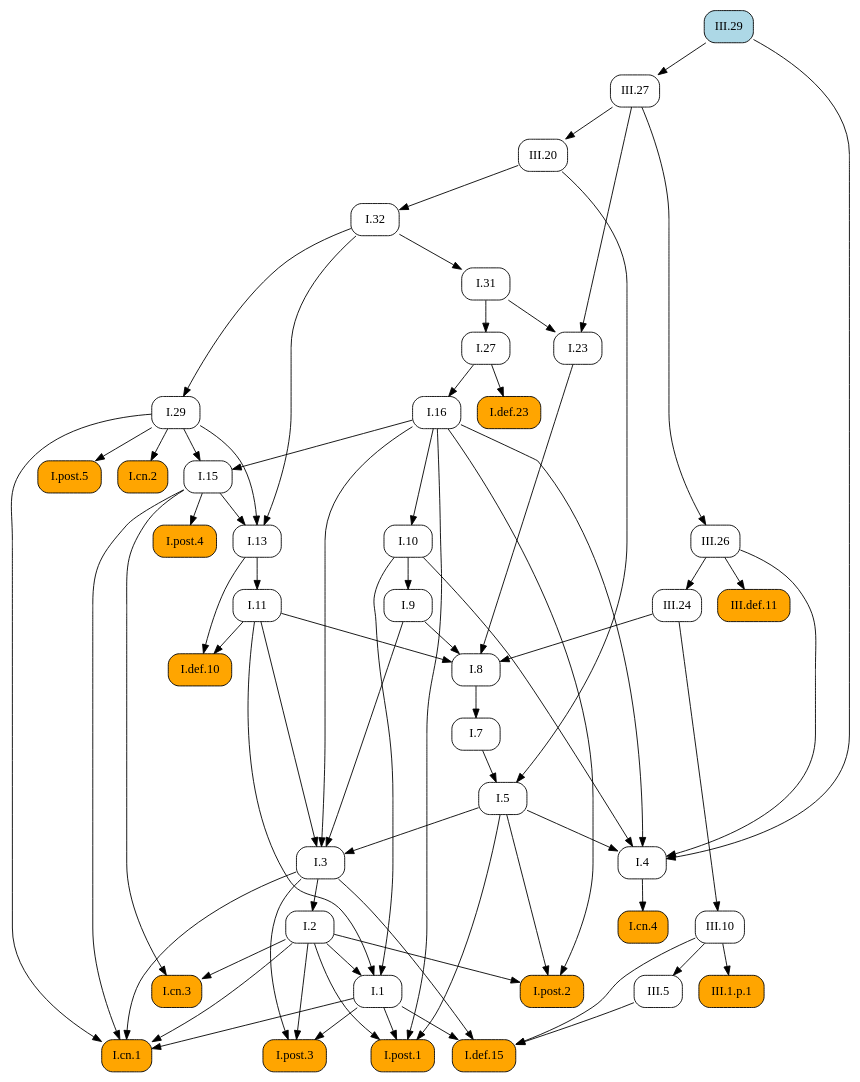
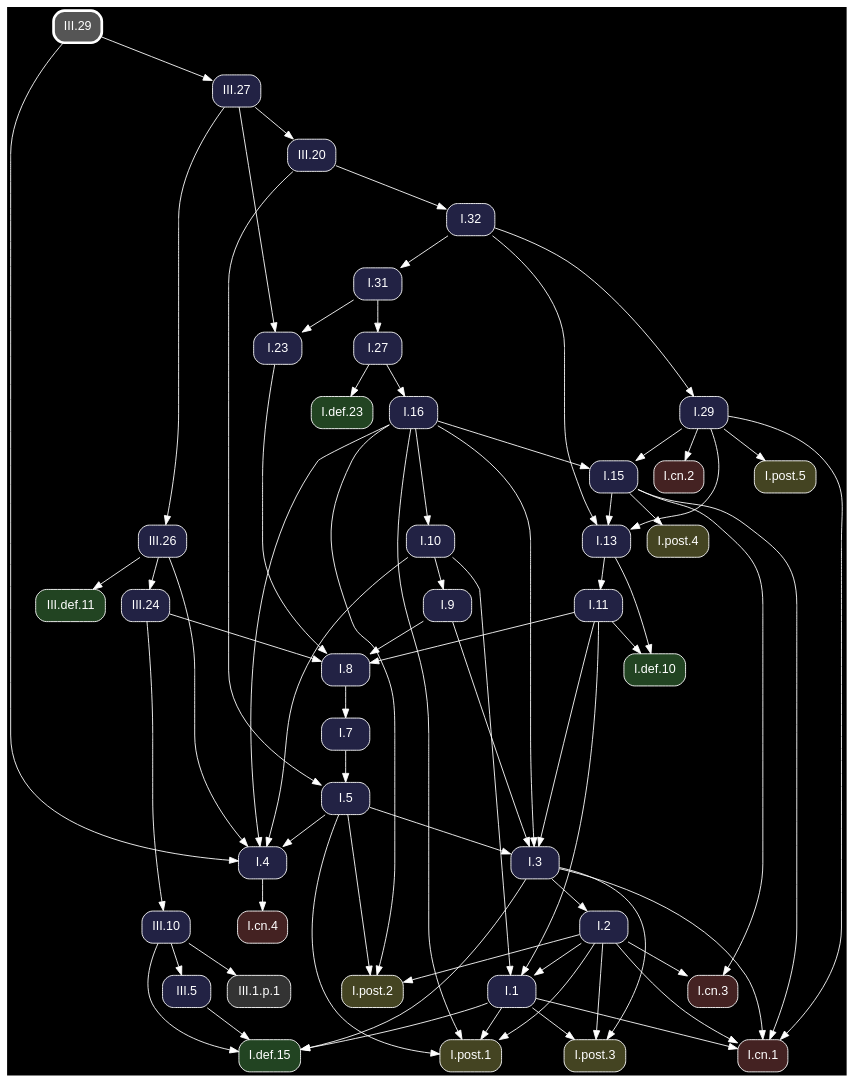
The diagram in docsrc/heath/III/29/index.rst (geometor/elements), drawn with Graphviz before and after one commit. The commit also changed other lines of this file and 1200 other files, not shown here.

Commit message:
update dependency graphs

```diff
--- a/docsrc/heath/III/29/index.rst
+++ b/docsrc/heath/III/29/index.rst
@@ -45,116 +45,118 @@
 .. graphviz::
 
    digraph {
+     bgcolor="black";
+     node [shape=box, style="rounded,filled", fontname="Helvetica", color="white", fontcolor="white"];
+     edge [color="white", fontcolor="white"];
      rankdir="TB";
-     node [shape=box, style=rounded];
-     "I.23" [URL="/heath/I/23/", target="_top"];
-     "I.9" [URL="/heath/I/9/", target="_top"];
-     "I.32" [URL="/heath/I/32/", target="_top"];
-     "III.24" [URL="/heath/III/24/", target="_top"];
-     "I.def.15" [style="rounded,filled", fillcolor=orange, URL="/heath/I/def.15/", target="_top"];
-     "III.def.11" [style="rounded,filled", fillcolor=orange, URL="/heath/III/def.11/", target="_top"];
-     "I.post.1" [style="rounded,filled", fillcolor=orange, URL="/heath/I/post.1/", target="_top"];
-     "I.post.3" [style="rounded,filled", fillcolor=orange, URL="/heath/I/post.3/", target="_top"];
-     "III.20" [URL="/heath/III/20/", target="_top"];
-     "III.10" [URL="/heath/III/10/", target="_top"];
-     "I.31" [URL="/heath/I/31/", target="_top"];
-     "I.def.10" [style="rounded,filled", fillcolor=orange, URL="/heath/I/def.10/", target="_top"];
-     "I.27" [URL="/heath/I/27/", target="_top"];
-     "I.3" [URL="/heath/I/3/", target="_top"];
-     "III.5" [URL="/heath/III/5/", target="_top"];
-     "I.cn.1" [style="rounded,filled", fillcolor=orange, URL="/heath/I/cn.1/", target="_top"];
-     "I.7" [URL="/heath/I/7/", target="_top"];
-     "I.2" [URL="/heath/I/2/", target="_top"];
-     "III.27" [URL="/heath/III/27/", target="_top"];
-     "III.26" [URL="/heath/III/26/", target="_top"];
-     "I.13" [URL="/heath/I/13/", target="_top"];
-     "I.post.4" [style="rounded,filled", fillcolor=orange, URL="/heath/I/post.4/", target="_top"];
-     "I.4" [URL="/heath/I/4/", target="_top"];
-     "III.29" [style="rounded,filled", fillcolor=lightblue, URL="/heath/III/29/", target="_top"];
-     "I.1" [URL="/heath/I/1/", target="_top"];
-     "I.5" [URL="/heath/I/5/", target="_top"];
-     "I.8" [URL="/heath/I/8/", target="_top"];
-     "I.29" [URL="/heath/I/29/", target="_top"];
-     "I.cn.3" [style="rounded,filled", fillcolor=orange, URL="/heath/I/cn.3/", target="_top"];
-     "I.16" [URL="/heath/I/16/", target="_top"];
-     "I.15" [URL="/heath/I/15/", target="_top"];
-     "I.10" [URL="/heath/I/10/", target="_top"];
-     "I.11" [URL="/heath/I/11/", target="_top"];
-     "III.1.p.1" [style="rounded,filled", fillcolor=orange];
-     "I.def.23" [style="rounded,filled", fillcolor=orange, URL="/heath/I/def.23/", target="_top"];
-     "I.cn.2" [style="rounded,filled", fillcolor=orange, URL="/heath/I/cn.2/", target="_top"];
-     "I.post.5" [style="rounded,filled", fillcolor=orange, URL="/heath/I/post.5/", target="_top"];
-     "I.cn.4" [style="rounded,filled", fillcolor=orange, URL="/heath/I/cn.4/", target="_top"];
-     "I.post.2" [style="rounded,filled", fillcolor=orange, URL="/heath/I/post.2/", target="_top"];
+     "I.31" [fillcolor="#222244", URL="/heath/I/31/", target="_top"];
+     "I.32" [fillcolor="#222244", URL="/heath/I/32/", target="_top"];
+     "I.3" [fillcolor="#222244", URL="/heath/I/3/", target="_top"];
+     "I.cn.1" [fillcolor="#442222", URL="/heath/I/cn.1/", target="_top"];
+     "I.def.10" [fillcolor="#224422", URL="/heath/I/def.10/", target="_top"];
+     "I.15" [fillcolor="#222244", URL="/heath/I/15/", target="_top"];
+     "I.13" [fillcolor="#222244", URL="/heath/I/13/", target="_top"];
+     "I.27" [fillcolor="#222244", URL="/heath/I/27/", target="_top"];
+     "I.2" [fillcolor="#222244", URL="/heath/I/2/", target="_top"];
+     "I.cn.2" [fillcolor="#442222", URL="/heath/I/cn.2/", target="_top"];
+     "I.9" [fillcolor="#222244", URL="/heath/I/9/", target="_top"];
+     "I.1" [fillcolor="#222244", URL="/heath/I/1/", target="_top"];
+     "I.post.5" [fillcolor="#444422", URL="/heath/I/post.5/", target="_top"];
+     "I.post.4" [fillcolor="#444422", URL="/heath/I/post.4/", target="_top"];
+     "I.23" [fillcolor="#222244", URL="/heath/I/23/", target="_top"];
+     "I.8" [fillcolor="#222244", URL="/heath/I/8/", target="_top"];
+     "I.4" [fillcolor="#222244", URL="/heath/I/4/", target="_top"];
+     "III.24" [fillcolor="#222244", URL="/heath/III/24/", target="_top"];
+     "III.27" [fillcolor="#222244", URL="/heath/III/27/", target="_top"];
+     "III.1.p.1" [fillcolor="#333333"];
+     "I.7" [fillcolor="#222244", URL="/heath/I/7/", target="_top"];
+     "I.5" [fillcolor="#222244", URL="/heath/I/5/", target="_top"];
+     "III.26" [fillcolor="#222244", URL="/heath/III/26/", target="_top"];
+     "I.10" [fillcolor="#222244", URL="/heath/I/10/", target="_top"];
+     "III.29" [penwidth=3, color="white", fillcolor="#555555", URL="/heath/III/29/", target="_top"];
+     "III.10" [fillcolor="#222244", URL="/heath/III/10/", target="_top"];
+     "I.post.1" [fillcolor="#444422", URL="/heath/I/post.1/", target="_top"];
+     "I.11" [fillcolor="#222244", URL="/heath/I/11/", target="_top"];
+     "I.16" [fillcolor="#222244", URL="/heath/I/16/", target="_top"];
+     "I.cn.3" [fillcolor="#442222", URL="/heath/I/cn.3/", target="_top"];
+     "I.post.2" [fillcolor="#444422", URL="/heath/I/post.2/", target="_top"];
+     "I.29" [fillcolor="#222244", URL="/heath/I/29/", target="_top"];
+     "I.cn.4" [fillcolor="#442222", URL="/heath/I/cn.4/", target="_top"];
+     "I.def.23" [fillcolor="#224422", URL="/heath/I/def.23/", target="_top"];
+     "I.post.3" [fillcolor="#444422", URL="/heath/I/post.3/", target="_top"];
+     "III.20" [fillcolor="#222244", URL="/heath/III/20/", target="_top"];
+     "III.5" [fillcolor="#222244", URL="/heath/III/5/", target="_top"];
+     "I.def.15" [fillcolor="#224422", URL="/heath/I/def.15/", target="_top"];
+     "III.def.11" [fillcolor="#224422", URL="/heath/III/def.11/", target="_top"];
+     "I.32" -> "I.31";
+     "III.20" -> "I.32";
+     "I.5" -> "I.3";
+     "I.9" -> "I.3";
+     "I.11" -> "I.3";
+     "I.16" -> "I.3";
+     "I.1" -> "I.cn.1";
+     "I.2" -> "I.cn.1";
+     "I.3" -> "I.cn.1";
+     "I.15" -> "I.cn.1";
+     "I.29" -> "I.cn.1";
+     "I.11" -> "I.def.10";
+     "I.13" -> "I.def.10";
+     "I.16" -> "I.15";
+     "I.29" -> "I.15";
+     "I.15" -> "I.13";
+     "I.29" -> "I.13";
+     "I.32" -> "I.13";
+     "I.31" -> "I.27";
+     "I.3" -> "I.2";
+     "I.29" -> "I.cn.2";
+     "I.10" -> "I.9";
+     "I.2" -> "I.1";
+     "I.10" -> "I.1";
+     "I.11" -> "I.1";
+     "I.29" -> "I.post.5";
+     "I.15" -> "I.post.4";
      "I.31" -> "I.23";
      "III.27" -> "I.23";
-     "I.10" -> "I.9";
-     "III.20" -> "I.32";
+     "I.9" -> "I.8";
+     "I.11" -> "I.8";
+     "I.23" -> "I.8";
+     "III.24" -> "I.8";
+     "I.5" -> "I.4";
+     "I.10" -> "I.4";
+     "I.16" -> "I.4";
+     "III.26" -> "I.4";
+     "III.29" -> "I.4";
      "III.26" -> "III.24";
+     "III.29" -> "III.27";
+     "III.10" -> "III.1.p.1";
+     "I.8" -> "I.7";
+     "I.7" -> "I.5";
+     "III.20" -> "I.5";
+     "III.27" -> "III.26";
+     "I.16" -> "I.10";
+     "III.24" -> "III.10";
+     "I.1" -> "I.post.1";
+     "I.2" -> "I.post.1";
+     "I.5" -> "I.post.1";
+     "I.16" -> "I.post.1";
+     "I.13" -> "I.11";
+     "I.27" -> "I.16";
+     "I.2" -> "I.cn.3";
+     "I.15" -> "I.cn.3";
+     "I.2" -> "I.post.2";
+     "I.5" -> "I.post.2";
+     "I.16" -> "I.post.2";
+     "I.32" -> "I.29";
+     "I.4" -> "I.cn.4";
+     "I.27" -> "I.def.23";
+     "I.1" -> "I.post.3";
+     "I.2" -> "I.post.3";
+     "I.3" -> "I.post.3";
+     "III.27" -> "III.20";
+     "III.10" -> "III.5";
      "I.1" -> "I.def.15";
      "I.3" -> "I.def.15";
      "III.5" -> "I.def.15";
      "III.10" -> "I.def.15";
      "III.26" -> "III.def.11";
-     "I.1" -> "I.post.1";
-     "I.2" -> "I.post.1";
-     "I.5" -> "I.post.1";
-     "I.16" -> "I.post.1";
-     "I.1" -> "I.post.3";
-     "I.2" -> "I.post.3";
-     "I.3" -> "I.post.3";
-     "III.27" -> "III.20";
-     "III.24" -> "III.10";
-     "I.32" -> "I.31";
-     "I.11" -> "I.def.10";
-     "I.13" -> "I.def.10";
-     "I.31" -> "I.27";
-     "I.5" -> "I.3";
-     "I.9" -> "I.3";
-     "I.11" -> "I.3";
-     "I.16" -> "I.3";
-     "III.10" -> "III.5";
-     "I.1" -> "I.cn.1";
-     "I.2" -> "I.cn.1";
-     "I.3" -> "I.cn.1";
-     "I.15" -> "I.cn.1";
-     "I.29" -> "I.cn.1";
-     "I.8" -> "I.7";
-     "I.3" -> "I.2";
-     "III.29" -> "III.27";
-     "III.27" -> "III.26";
-     "I.15" -> "I.13";
-     "I.29" -> "I.13";
-     "I.32" -> "I.13";
-     "I.15" -> "I.post.4";
-     "I.5" -> "I.4";
-     "I.10" -> "I.4";
-     "I.16" -> "I.4";
-     "III.26" -> "I.4";
-     "III.29" -> "I.4";
-     "I.2" -> "I.1";
-     "I.10" -> "I.1";
-     "I.11" -> "I.1";
-     "I.7" -> "I.5";
-     "III.20" -> "I.5";
-     "I.9" -> "I.8";
-     "I.11" -> "I.8";
-     "I.23" -> "I.8";
-     "III.24" -> "I.8";
-     "I.32" -> "I.29";
-     "I.2" -> "I.cn.3";
-     "I.15" -> "I.cn.3";
-     "I.27" -> "I.16";
-     "I.16" -> "I.15";
-     "I.29" -> "I.15";
-     "I.16" -> "I.10";
-     "I.13" -> "I.11";
-     "III.10" -> "III.1.p.1";
-     "I.27" -> "I.def.23";
-     "I.29" -> "I.cn.2";
-     "I.29" -> "I.post.5";
-     "I.4" -> "I.cn.4";
-     "I.2" -> "I.post.2";
-     "I.5" -> "I.post.2";
-     "I.16" -> "I.post.2";
    }
```
